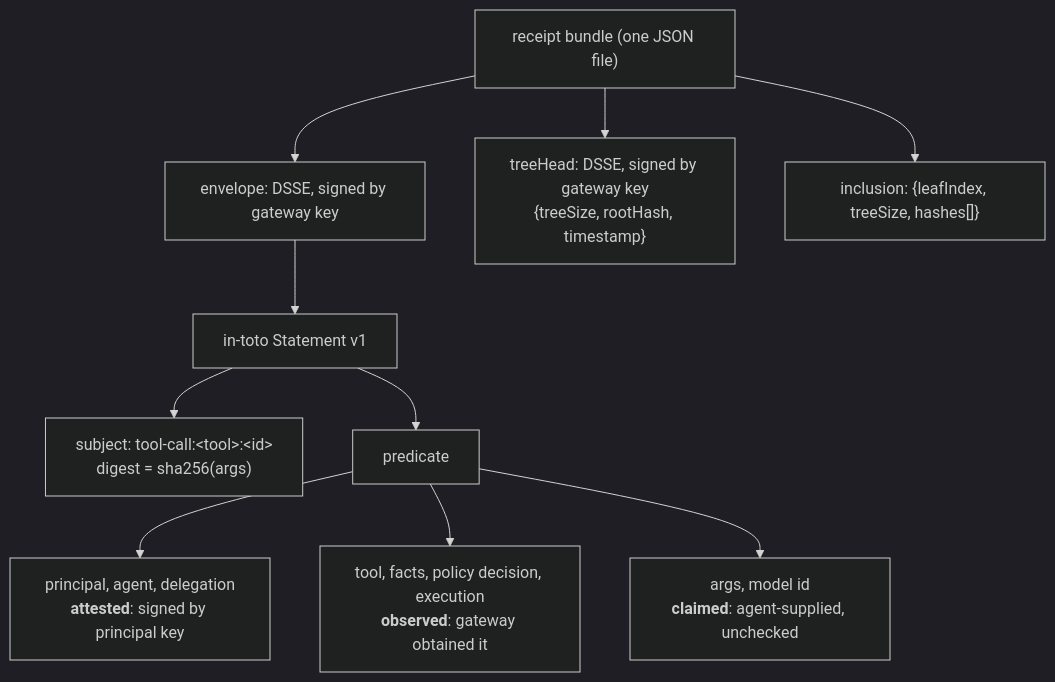
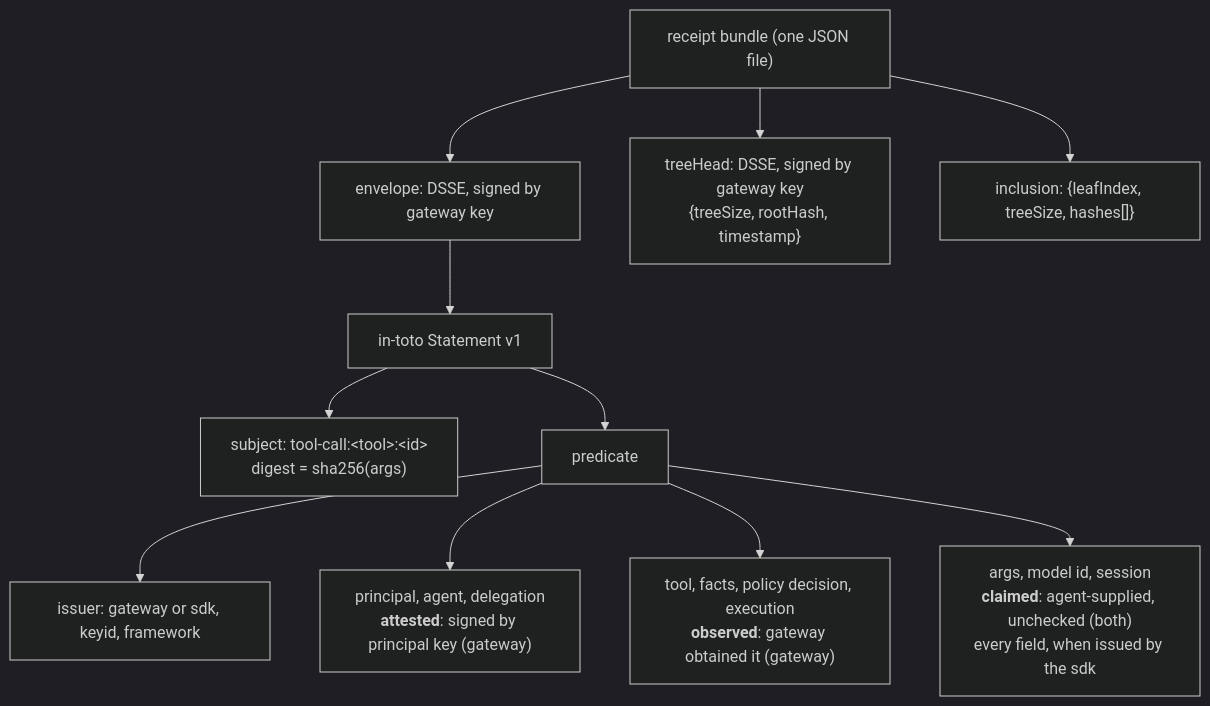
One commit to ch4r10t33r/agent-custody changed the third of 3 diagrams in README.md. Above: the diagram before and after it, drawn with Mermaid (dark theme). The commit also changed other lines of this file and 14 other files, not shown here.

First line of the commit message:
Add the in-process SDK interceptor and an issuer field on every receipt

````diff
--- a/README.md
+++ b/README.md
@@ -74,13 +95,14 @@
 ```mermaid
 flowchart TB
     B["receipt bundle (one JSON file)"]
     B --> E["envelope: DSSE, signed by gateway key"]
     B --> T["treeHead: DSSE, signed by gateway key<br/>{treeSize, rootHash, timestamp}"]
     B --> I["inclusion: {leafIndex, treeSize, hashes[]}"]
     E --> S["in-toto Statement v1"]
     S --> SU["subject: tool-call:&lt;tool&gt;:&lt;id&gt;<br/>digest = sha256(args)"]
     S --> PR["predicate"]
-    PR --> P1["principal, agent, delegation<br/><b>attested</b>: signed by principal key"]
-    PR --> P2["tool, facts, policy decision, execution<br/><b>observed</b>: gateway obtained it"]
-    PR --> P3["args, model id<br/><b>claimed</b>: agent-supplied, unchecked"]
+    PR --> P0["issuer: gateway or sdk, keyid, framework"]
+    PR --> P1["principal, agent, delegation<br/><b>attested</b>: signed by principal key (gateway)"]
+    PR --> P2["tool, facts, policy decision, execution<br/><b>observed</b>: gateway obtained it (gateway)"]
+    PR --> P3["args, model id, session<br/><b>claimed</b>: agent-supplied, unchecked (both)<br/>every field, when issued by the sdk"]
 ```
````
